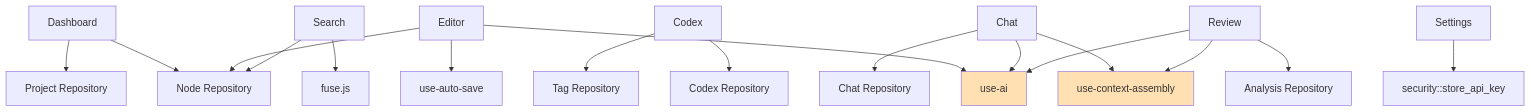
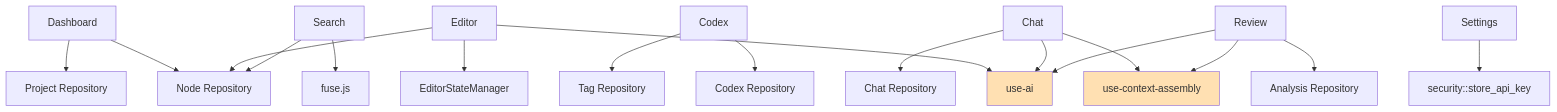
Before and after one commit to Sai-Roopesh/becomeAnAuthor: the second of 4 diagrams in docs/frontend-high-level-design.md, drawn with Mermaid. The commit also changed other lines of this file and 36 other files, not shown here.

````diff
--- a/docs/frontend-high-level-design.md
+++ b/docs/frontend-high-level-design.md
@@ -385,28 +382,28 @@
 ```mermaid
 graph TD
     Dashboard[Dashboard] --> ProjectRepo[Project Repository]
     Dashboard --> NodeRepo[Node Repository]
     
-    Editor[Editor] --> AutoSave[use-auto-save]
+    Editor[Editor] --> SaveMgr[EditorStateManager]
     Editor --> AI[use-ai]
     Editor --> NodeRepo
     
     Codex[Codex] --> CodexRepo[Codex Repository]
     Codex --> TagRepo[Tag Repository]
     
     Chat[Chat] --> AI
     Chat --> ContextAssembly[use-context-assembly]
     Chat --> ChatRepo[Chat Repository]
     
     Review[Review] --> AI
     Review --> ContextAssembly
     Review --> AnalysisRepo[Analysis Repository]
     
     Search[Search] --> Fuse[fuse.js]
     Search --> NodeRepo
     
     Settings[Settings] --> Security[security::store_api_key]
     
     style AI fill:#ffe0b2
     style ContextAssembly fill:#ffe0b2
 ```
````
